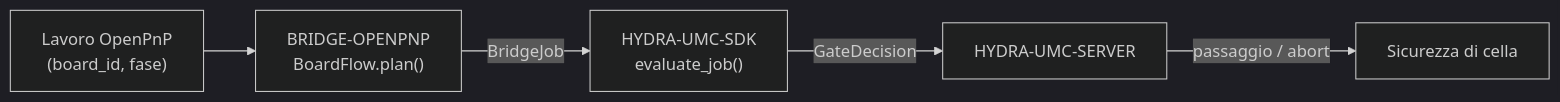
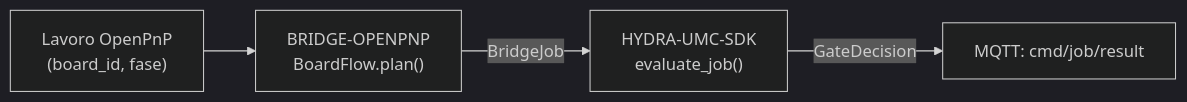
One commit to JuanenRac/HYDRA-UMC-BRIDGE-OPENPNP changed the diagram in README_ita.md. Above: the diagram before and after it, drawn with Mermaid (dark theme). The commit also changed other lines of this file and 22 other files, not shown here.

````diff
--- a/README_ita.md
+++ b/README_ita.md
@@ -50,7 +51,6 @@
 ```mermaid
 flowchart LR
     JOB["Lavoro OpenPnP<br/>(board_id, fase)"] --> BRIDGE["BRIDGE-OPENPNP<br/>BoardFlow.plan()"]
     BRIDGE -- BridgeJob --> SDK["HYDRA-UMC-SDK<br/>evaluate_job()"]
-    SDK -- GateDecision --> SERVER["HYDRA-UMC-SERVER"]
-    SERVER -- "passaggio / abort" --> CELL["Sicurezza di cella"]
+    SDK -- GateDecision --> RESULT["MQTT: cmd/job/result"]
 ```
````
